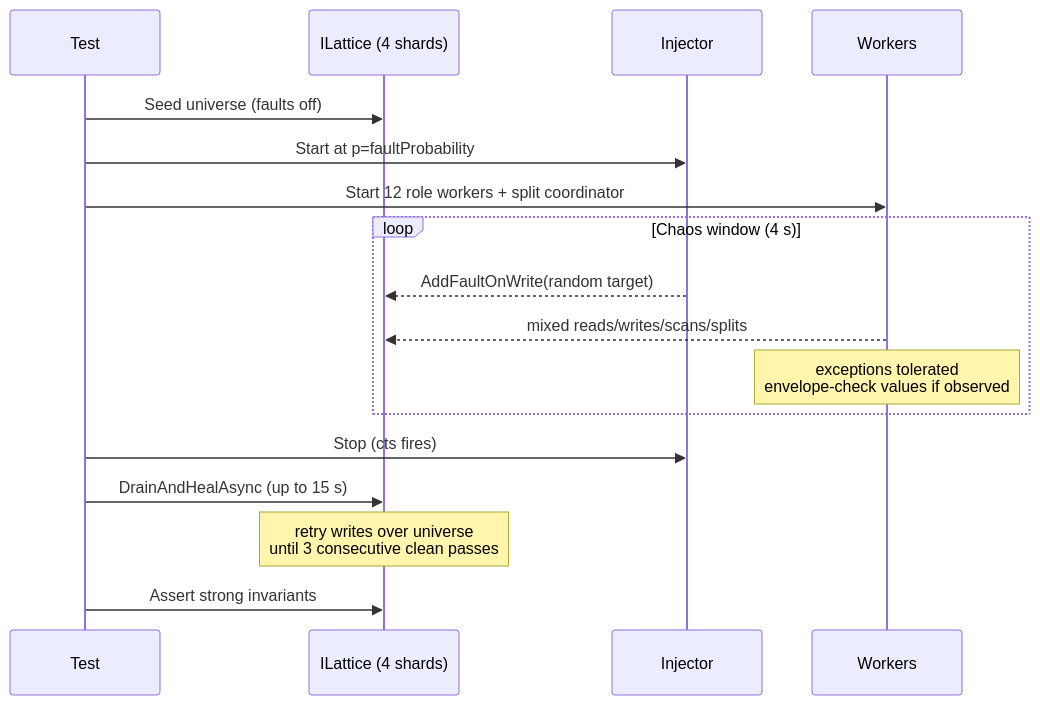
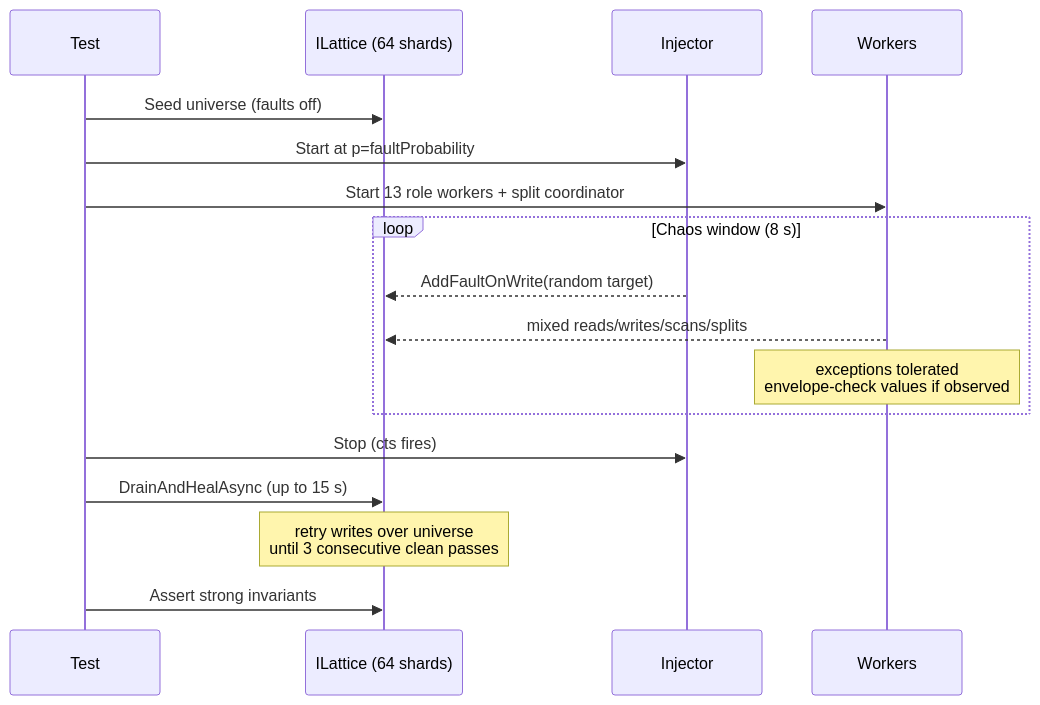
The second of 2 diagrams in docs/lattice/chaos-tests.md (NSTA1/Orleans.Lattice), drawn with Mermaid before and after one commit. The commit also changed other lines of this file and 448 other files, not shown here.

````diff
--- a/docs/lattice/chaos-tests.md
+++ b/docs/lattice/chaos-tests.md
@@ -219,19 +244,19 @@
 ```mermaid
 sequenceDiagram
     participant Test
-    participant Tree as ILattice (4 shards)
+    participant Tree as ILattice (64 shards)
     participant Injector
     participant Workers
     Test->>Tree: Seed universe (faults off)
     Test->>Injector: Start at p=faultProbability
-    Test->>Workers: Start 12 role workers + split coordinator
-    loop Chaos window (4 s)
+    Test->>Workers: Start 13 role workers + split coordinator
+    loop Chaos window (8 s)
         Injector-->>Tree: AddFaultOnWrite(random target)
         Workers-->>Tree: mixed reads/writes/scans/splits
         Note over Workers: exceptions tolerated<br/>envelope-check values if observed
     end
     Test->>Injector: Stop (cts fires)
     Test->>Tree: DrainAndHealAsync (up to 15 s)
     Note over Tree: retry writes over universe<br/>until 3 consecutive clean passes
     Test->>Tree: Assert strong invariants
 ```
````
